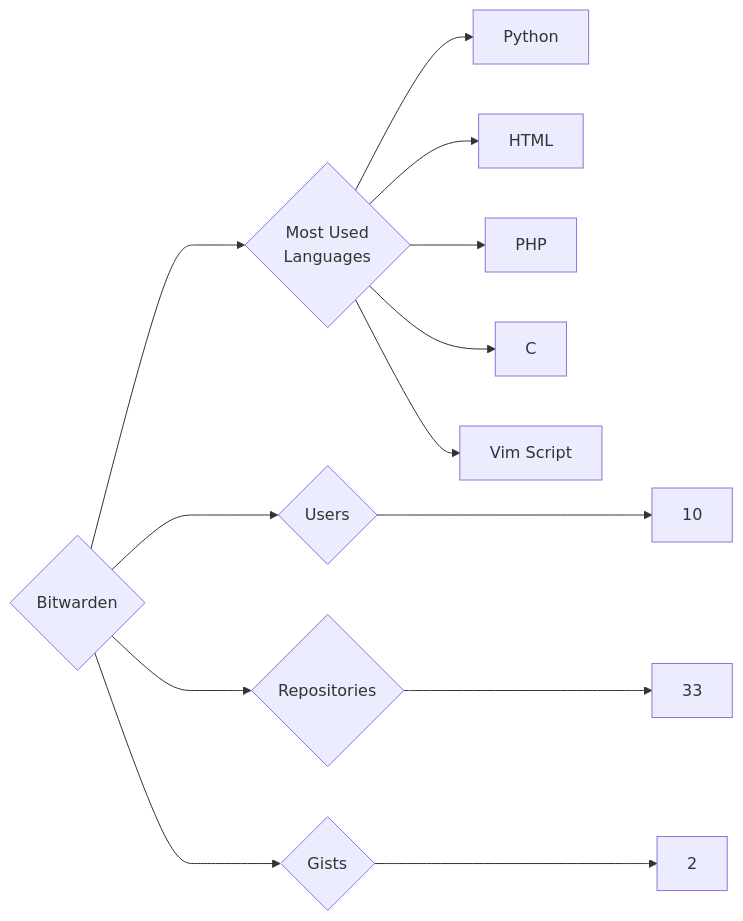
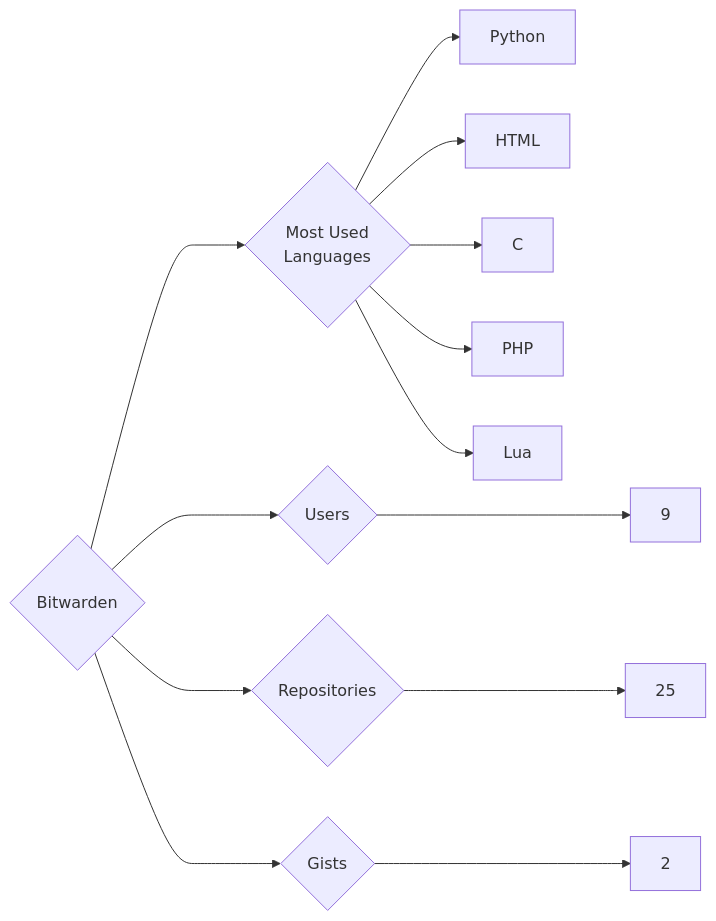
The diagram in targets/Bitwarden/README.md (trickest/insiders), drawn with Mermaid before and after one commit. The commit also changed 1088 other files, not shown here.

````diff
--- a/targets/Bitwarden/README.md
+++ b/targets/Bitwarden/README.md
@@ -3,13 +3,13 @@
 ```mermaid
 graph LR
 COMPANY_NAME{Bitwarden}
-COMPANY_NAME ---> U{Users} ---> UN[10]
-COMPANY_NAME ---> R{Repositories} ---> RN[33]
+COMPANY_NAME ---> U{Users} ---> UN[9]
+COMPANY_NAME ---> R{Repositories} ---> RN[25]
 COMPANY_NAME ---> G{Gists} ---> GN[2]
 COMPANY_NAME ---> ML{Most Used<br>Languages}
 ML --> Python[Python]
 ML --> HTML[HTML]
+ML --> C[C]
 ML --> PHP[PHP]
-ML --> C[C]
-ML --> Vim_Script[Vim Script]
+ML --> Lua[Lua]
 ```
````
